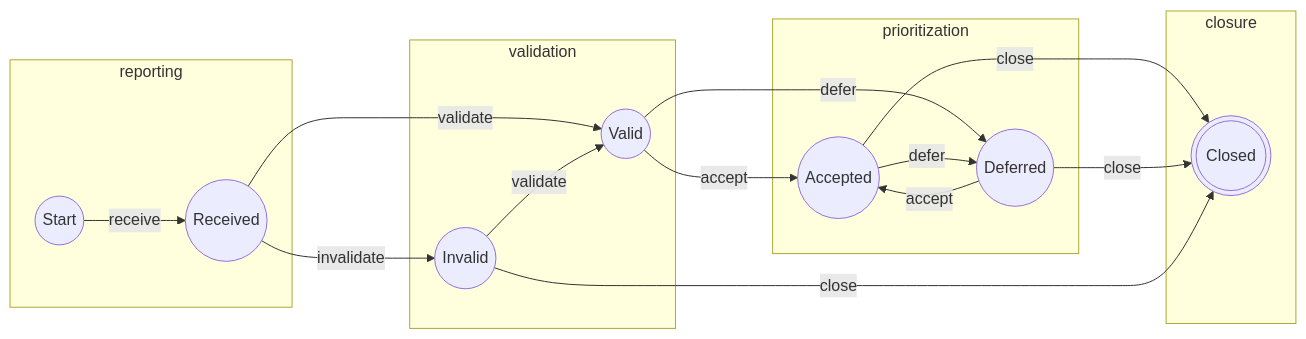
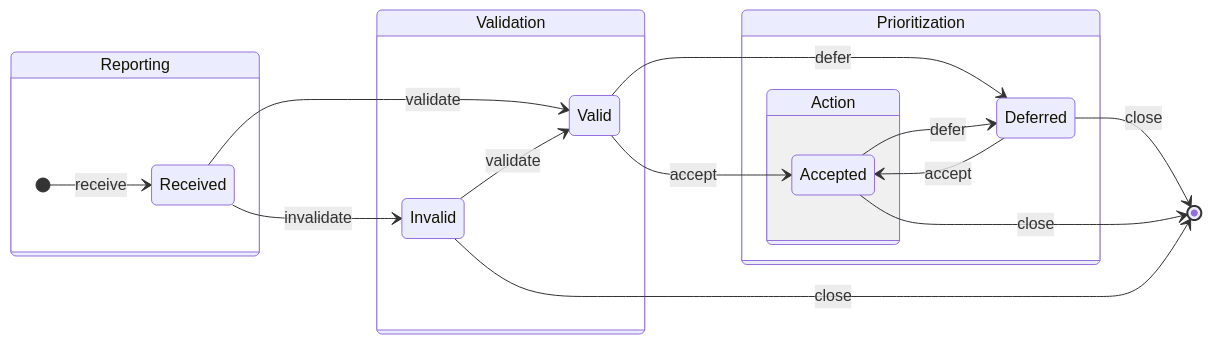
Before and after one commit to CERTCC/Vultron: the first of 9 diagrams in docs/process_models/report_management.md, drawn with Mermaid. The commit also changed other lines of this file, not shown here.

Commit message:
use stateDiagrams instead of flowcharts in mermaid

````diff
--- a/docs/process_models/report_management.md
+++ b/docs/process_models/report_management.md
@@ -48,30 +49,29 @@
 ```mermaid
-flowchart LR
-    subgraph reporting
-        S((Start))
-        R((Received))
-    end
-    subgraph validation
-        I((Invalid))
-        V((Valid))
-    end
-    subgraph prioritization
-        D((Deferred))
-        A((Accepted))
-    end
-    subgraph closure
-        C(((Closed)))
-    end
-    
-    S -->|receive| R
-    R -->|invalidate| I
-    R -->|validate| V
-    V -->|accept| A
-    A -->|close| C
-    I -->|validate| V
-    V -->|defer| D
-    A -->|defer| D
-    D -->|accept| A
-    D -->|close| C
-    I -->|close| C
+stateDiagram-v2
+    direction LR
+    state Reporting {
+        R: Received
+        [*] --> R : receive
+    }    
+    state Validation {
+        I: Invalid
+        V: Valid
+    }
+    state Prioritization {   
+        D: Deferred
+        state Action {
+            A: Accepted
+        }
+    }
+
+    R --> I: invalidate
+    R --> V : validate
+    I --> V : validate
+    V --> A : accept
+    V --> D : defer
+    A --> D : defer
+    D --> A : accept
+    D --> [*] : close
+    A --> [*] : close
+    I --> [*] : close
 ```
````
